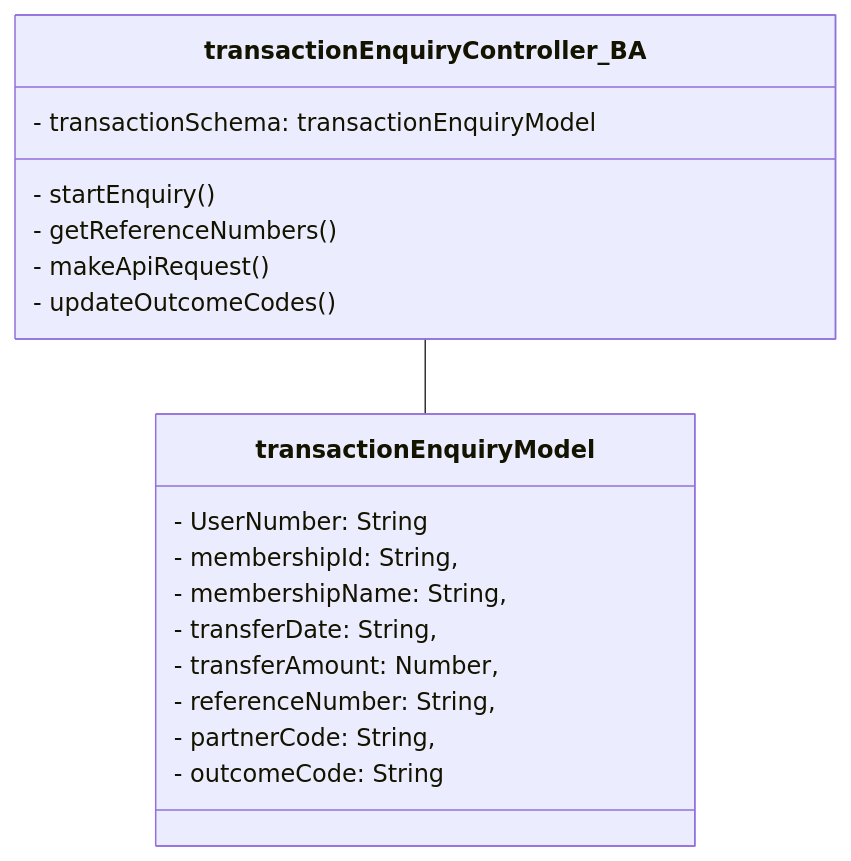
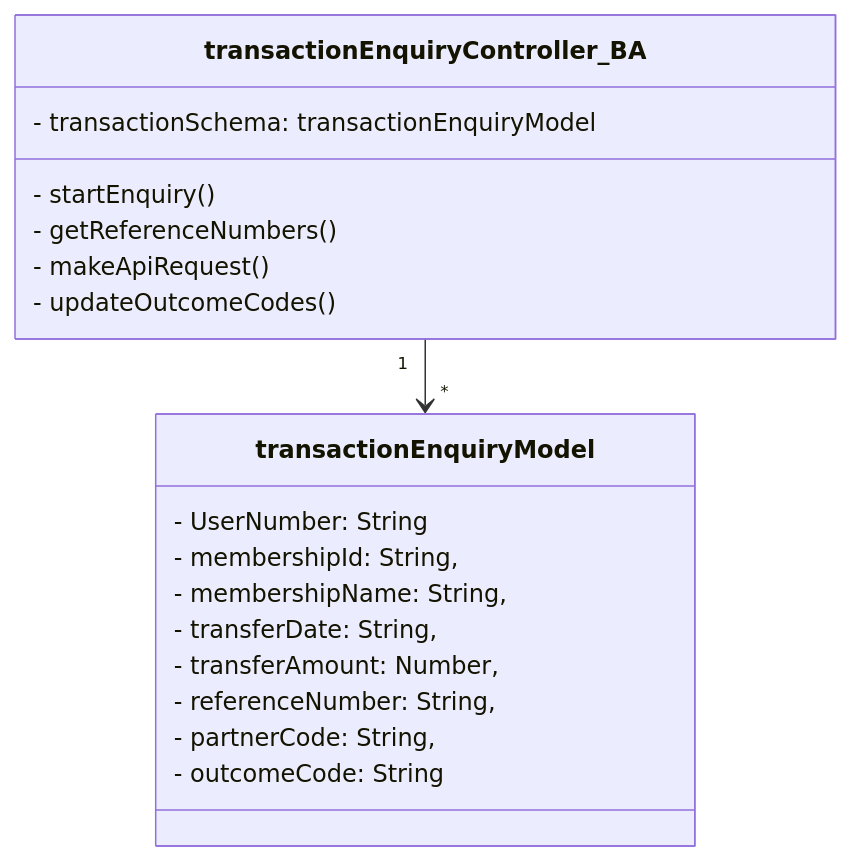
The fourth of 4 diagrams in UML Diagrams.md (Sean2309/SoftwareConstructProject), drawn with Mermaid before and after one commit. The commit also changed other lines of this file, not shown here.

Commit message:
updated transactionEnquiry diagrams

````diff
--- a/UML Diagrams.md
+++ b/UML Diagrams.md
@@ -70,25 +70,25 @@
 ```Mermaid
 classDiagram
 class transactionEnquiryController_BA
-transactionEnquiryController_BA -- transactionEnquiryModel
+transactionEnquiryController_BA"1" --> "*"transactionEnquiryModel
 
 
 class transactionEnquiryController_BA{
     - transactionSchema: transactionEnquiryModel
     - startEnquiry()
     - getReferenceNumbers()
     - makeApiRequest()
     - updateOutcomeCodes()
 }
 
 class transactionEnquiryModel{
     - UserNumber: String
     - membershipId: String,
     - membershipName: String,
     - transferDate: String,
     - transferAmount: Number,
     - referenceNumber: String,
     - partnerCode: String,
     - outcomeCode: String
 }
 ```
````
